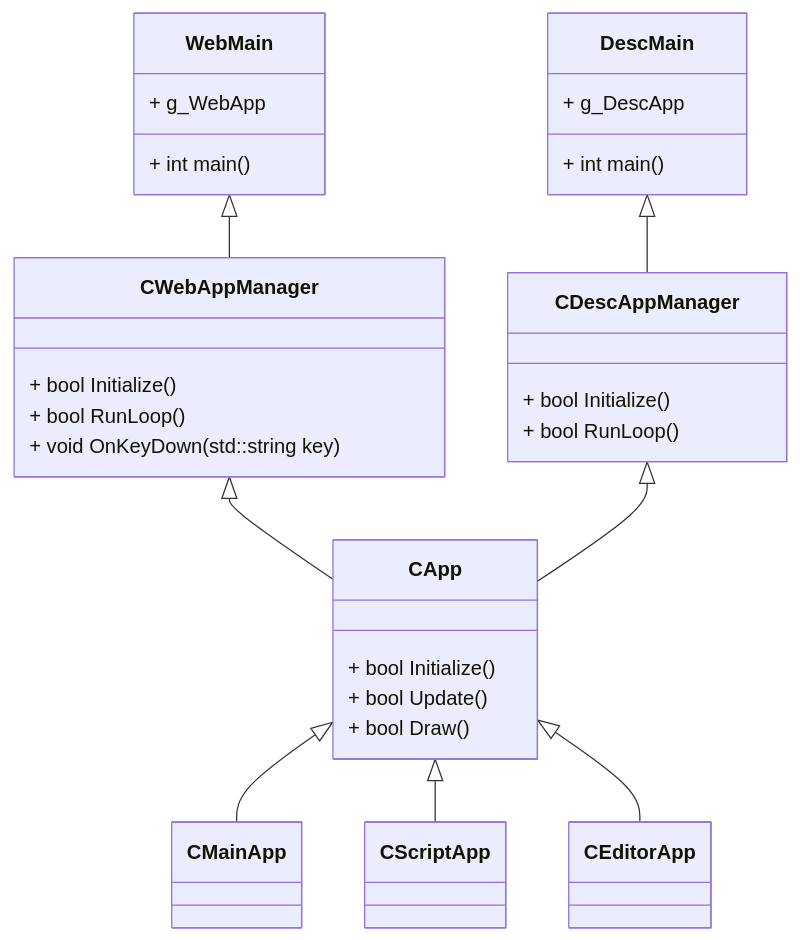
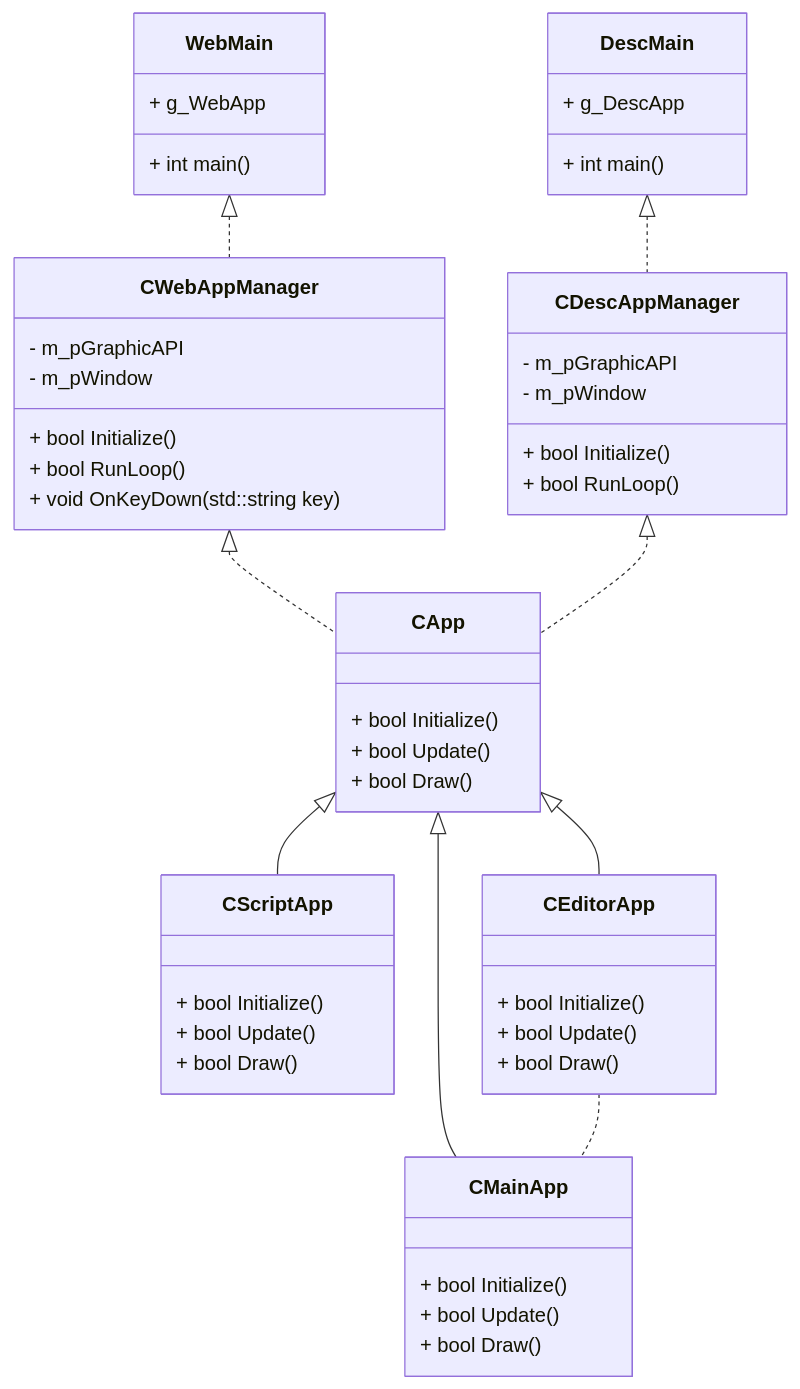
Before and after one commit to HaruoOgawa/Garnet: the diagram in Garnet/UML/BaseStructure.md, drawn with Mermaid.

````diff
--- a/Garnet/UML/BaseStructure.md
+++ b/Garnet/UML/BaseStructure.md
@@ -1,55 +1,65 @@
 ```mermaid
 classDiagram
     class WebMain{
         + g_WebApp
         + int main()
     }
     
     class CWebAppManager{
+        - m_pGraphicAPI
+        - m_pWindow
         + bool Initialize()
         + bool RunLoop()
         + void OnKeyDown(std::string key)
     }
     
-    WebMain <|-- CWebAppManager
+    WebMain <|.. CWebAppManager
     
     class DescMain{
         + g_DescApp
         + int main()
     }
     
     class CDescAppManager{
+        - m_pGraphicAPI
+        - m_pWindow
         + bool Initialize()
         + bool RunLoop()
     }
     
-    DescMain <|-- CDescAppManager
+    DescMain <|.. CDescAppManager
     
     class CApp{
         + bool Initialize()
         + bool Update()
         + bool Draw()
     }
     
-    CWebAppManager <|-- CApp
-    CDescAppManager <|-- CApp
-    
-    class CMainApp{
-    
-    }
-    
-    CApp <|-- CMainApp
+    CWebAppManager <|.. CApp
+    CDescAppManager <|.. CApp
     
     class CScriptApp{
-    
+        + bool Initialize()
+        + bool Update()
+        + bool Draw()
     }
     
     CApp <|-- CScriptApp
     
     class CEditorApp{
-    
+        + bool Initialize()
+        + bool Update()
+        + bool Draw()
     }
     
     CApp <|-- CEditorApp
     
+    class CMainApp{
+        + bool Initialize()
+        + bool Update()
+        + bool Draw()
+    }
+    
+    CApp <|-- CMainApp
+    CEditorApp .. CMainApp
 ```
````
